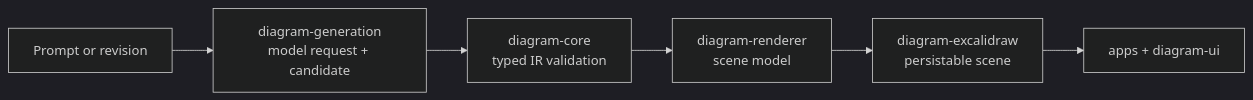
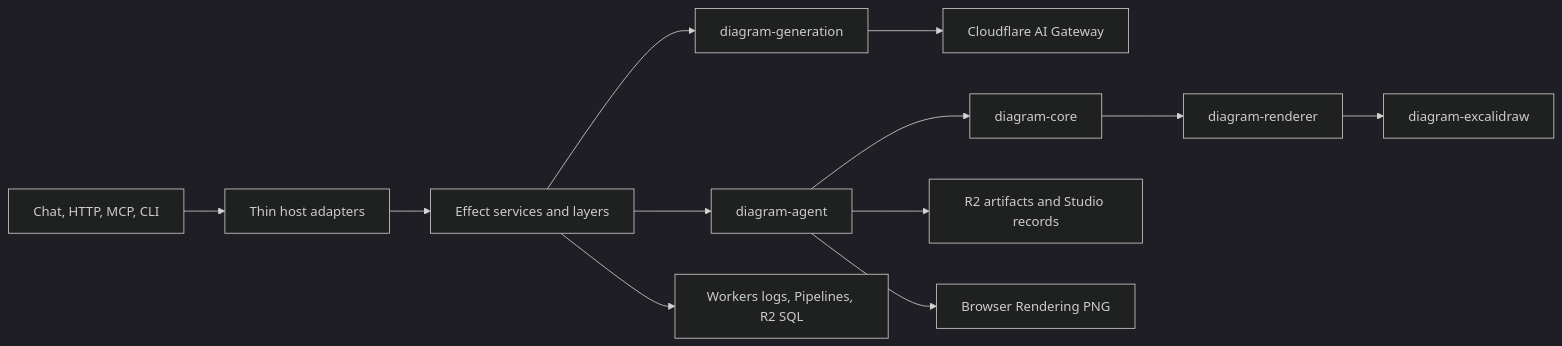
Before and after one commit to shpitdev/sketchi: the diagram in docs/architecture.md, drawn with Mermaid (dark theme). The commit also changed other lines of this file and 24 other files, not shown here.

````diff
--- a/docs/architecture.md
+++ b/docs/architecture.md
@@ -15,8 +10,14 @@
 ```mermaid
 flowchart LR
-  Prompt["Prompt or revision"] --> Generation["diagram-generation<br/>model request + candidate"]
-  Generation --> Core["diagram-core<br/>typed IR validation"]
-  Core --> Renderer["diagram-renderer<br/>scene model"]
-  Renderer --> Excalidraw["diagram-excalidraw<br/>persistable scene"]
-  Excalidraw --> UI["apps + diagram-ui"]
+  Clients["Chat, HTTP, MCP, CLI"] --> Edges["Thin host adapters"]
+  Edges --> Effect["Effect services and layers"]
+  Effect --> Generation["diagram-generation"]
+  Effect --> Build["diagram-agent"]
+  Build --> Core["diagram-core"]
+  Core --> Renderer["diagram-renderer"]
+  Renderer --> Excalidraw["diagram-excalidraw"]
+  Build --> R2["R2 artifacts and Studio records"]
+  Generation --> Gateway["Cloudflare AI Gateway"]
+  Build --> Browser["Browser Rendering PNG"]
+  Effect --> Telemetry["Workers logs, Pipelines, R2 SQL"]
 ```
````
